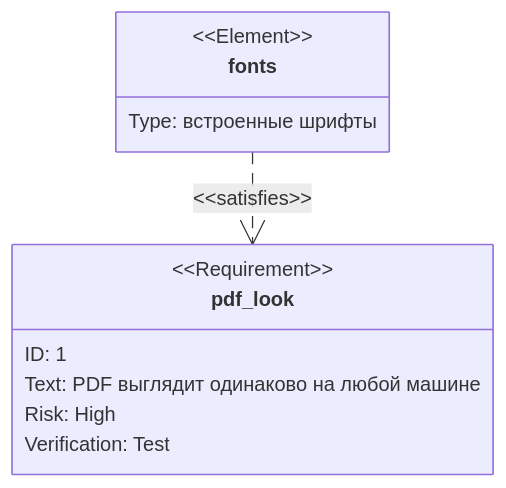
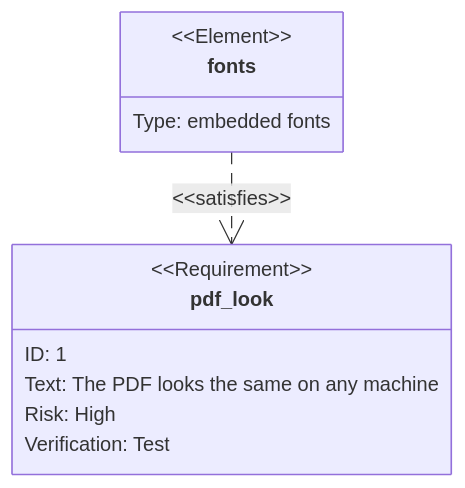
Before and after one commit to Kseen715/md2pdfX: the seventh of 8 diagrams in examples/engineering.md, drawn with Mermaid. The commit also changed other lines of this file and 25 other files, not shown here.

````diff
--- a/examples/engineering.md
+++ b/examples/engineering.md
@@ -94,13 +94,13 @@
 ```mermaid
 requirementDiagram
     requirement pdf_look {
         id: 1
-        text: "PDF выглядит одинаково на любой машине"
+        text: "The PDF looks the same on any machine"
         risk: high
         verifymethod: test
     }
     element fonts {
-        type: "встроенные шрифты"
+        type: "embedded fonts"
     }
     fonts - satisfies -> pdf_look
 ```
````
